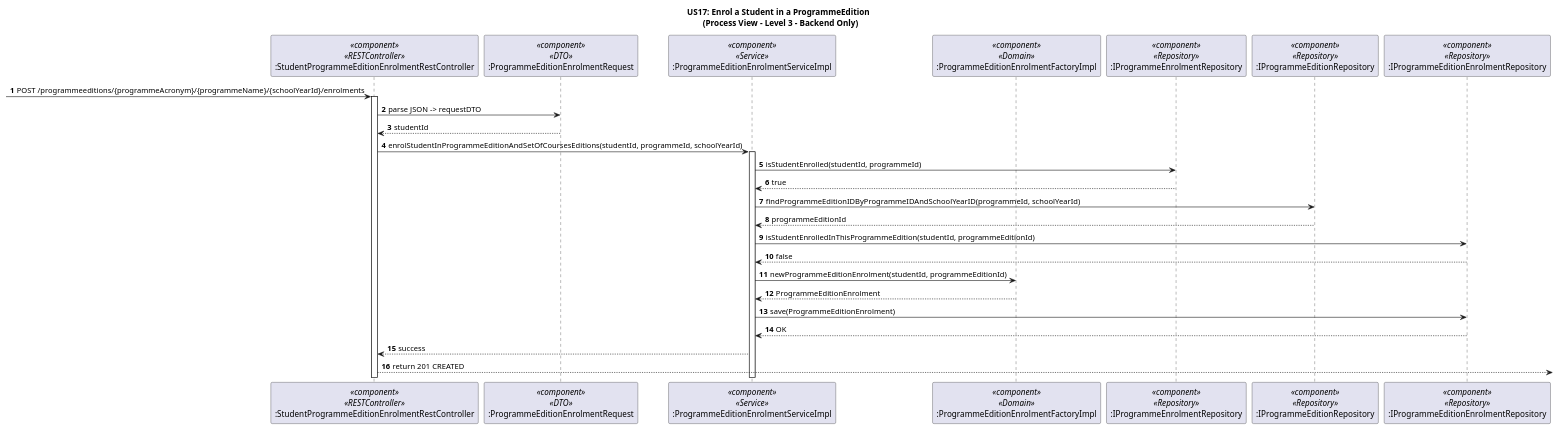
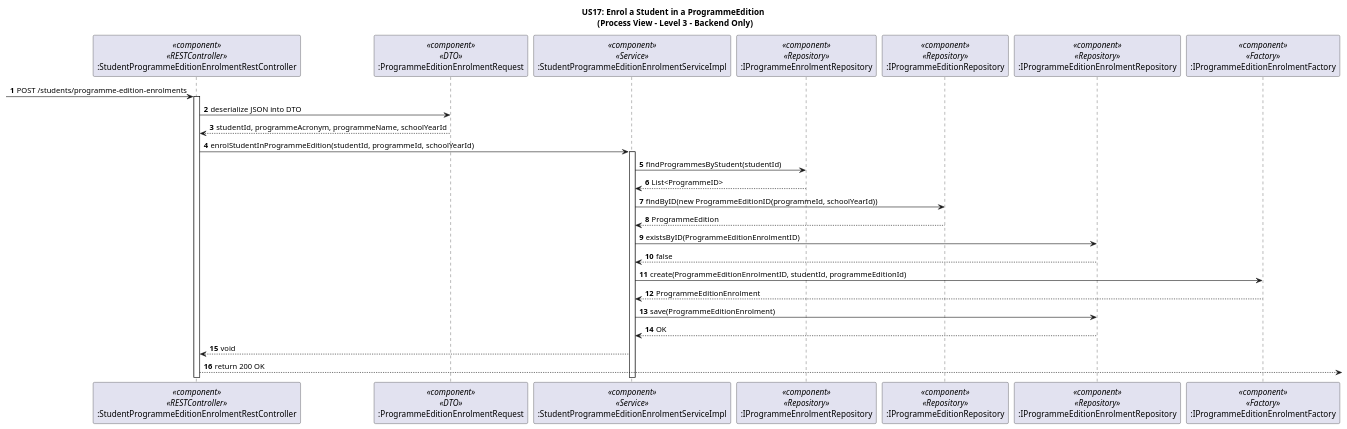
The diagram in docs/US17/Sprint_6_RestAPI/ProcessView/US17_RestAPI_ProcessView_Level3_Backend.puml (GasparISEP/DevOps-PAI), drawn with PlantUML before and after one commit.

Commit message:
#500 #587 Update US17_RestAPI_ProcessView_Level3_Backend.puml

```diff
--- a/docs/US17/Sprint_6_RestAPI/ProcessView/US17_RestAPI_ProcessView_Level3_Backend.puml
+++ b/docs/US17/Sprint_6_RestAPI/ProcessView/US17_RestAPI_ProcessView_Level3_Backend.puml
@@ -1,45 +1,45 @@
 @startuml
 
 ' US17 - Backend Granular Flow
 ' Process View - Level 3 Backend
 
 autonumber
 
 title US17: Enrol a Student in a ProgrammeEdition \n (Process View - Level 3 - Backend Only)
 
 participant ":StudentProgrammeEditionEnrolmentRestController" as controller <<component>> <<RESTController>>
 participant ":ProgrammeEditionEnrolmentRequest" as requestDTO <<component>> <<DTO>>
-participant ":ProgrammeEditionEnrolmentServiceImpl" as service <<component>> <<Service>>
-participant ":ProgrammeEditionEnrolmentFactoryImpl" as factory <<component>> <<Domain>>
+participant ":StudentProgrammeEditionEnrolmentServiceImpl" as service <<component>> <<Service>>
 participant ":IProgrammeEnrolmentRepository" as programmeEnrRepo <<component>> <<Repository>>
 participant ":IProgrammeEditionRepository" as editionRepo <<component>> <<Repository>>
 participant ":IProgrammeEditionEnrolmentRepository" as enrolmentRepo <<component>> <<Repository>>
+participant ":IProgrammeEditionEnrolmentFactory" as factory <<component>> <<Factory>>
 
--> controller: POST /programmeeditions/{programmeAcronym}/{programmeName}/{schoolYearId}/enrolments
+-> controller: POST /students/programme-edition-enrolments
 activate controller
 
-controller -> requestDTO: parse JSON -> requestDTO
-requestDTO --> controller: studentId
+controller -> requestDTO: deserialize JSON into DTO
+requestDTO --> controller: studentId, programmeAcronym, programmeName, schoolYearId
 
-controller -> service: enrolStudentInProgrammeEditionAndSetOfCoursesEditions(studentId, programmeId, schoolYearId)
+controller -> service: enrolStudentInProgrammeEdition(studentId, programmeId, schoolYearId)
 activate service
 
-service -> programmeEnrRepo: isStudentEnrolled(studentId, programmeId)
-programmeEnrRepo --> service: true
+service -> programmeEnrRepo: findProgrammesByStudent(studentId)
+programmeEnrRepo --> service: List<ProgrammeID>
 
-service -> editionRepo: findProgrammeEditionIDByProgrammeIDAndSchoolYearID(programmeId, schoolYearId)
-editionRepo --> service: programmeEditionId
+service -> editionRepo: findByID(new ProgrammeEditionID(programmeId, schoolYearId))
+editionRepo --> service: ProgrammeEdition
 
-service -> enrolmentRepo: isStudentEnrolledInThisProgrammeEdition(studentId, programmeEditionId)
+service -> enrolmentRepo: existsByID(ProgrammeEditionEnrolmentID)
 enrolmentRepo --> service: false
 
-service -> factory: newProgrammeEditionEnrolment(studentId, programmeEditionId)
+service -> factory: create(ProgrammeEditionEnrolmentID, studentId, programmeEditionId)
 factory --> service: ProgrammeEditionEnrolment
 
 service -> enrolmentRepo: save(ProgrammeEditionEnrolment)
 enrolmentRepo --> service: OK
 
-service --> controller: success
-controller --> : return 201 CREATED
+service --> controller: void
+controller --> : return 200 OK
 
 @enduml
```
